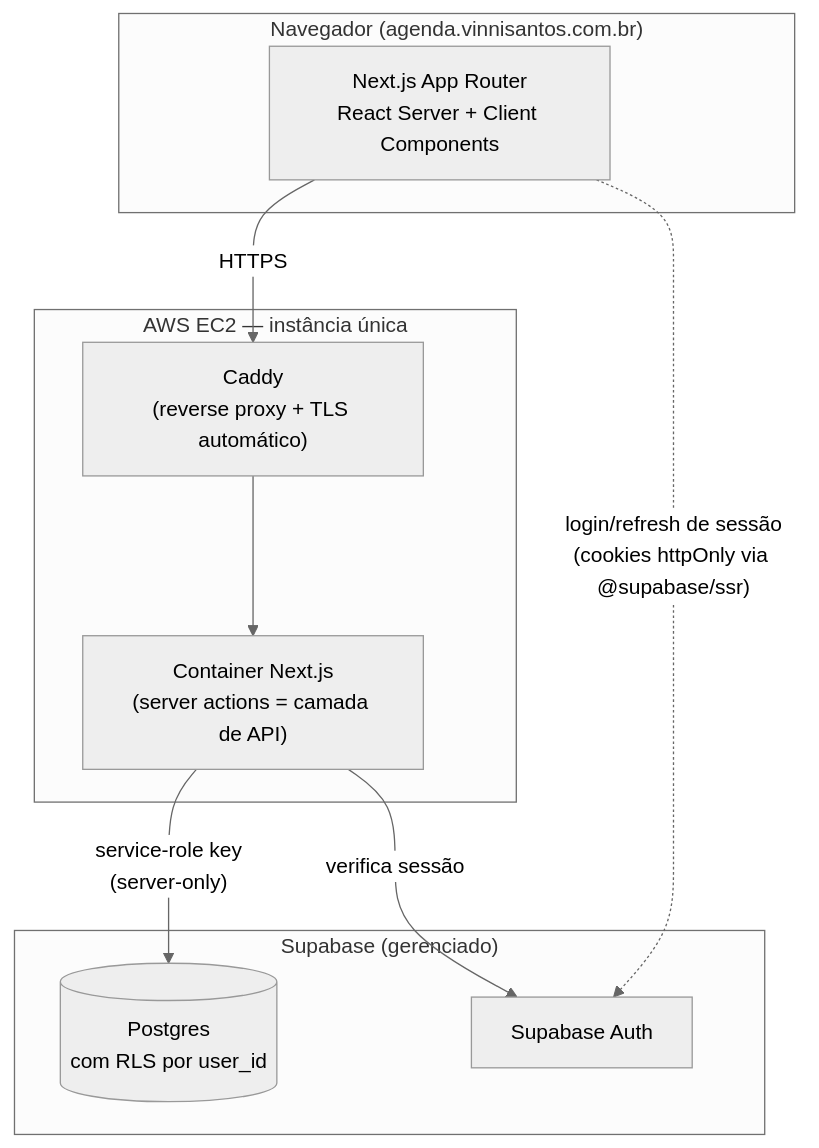
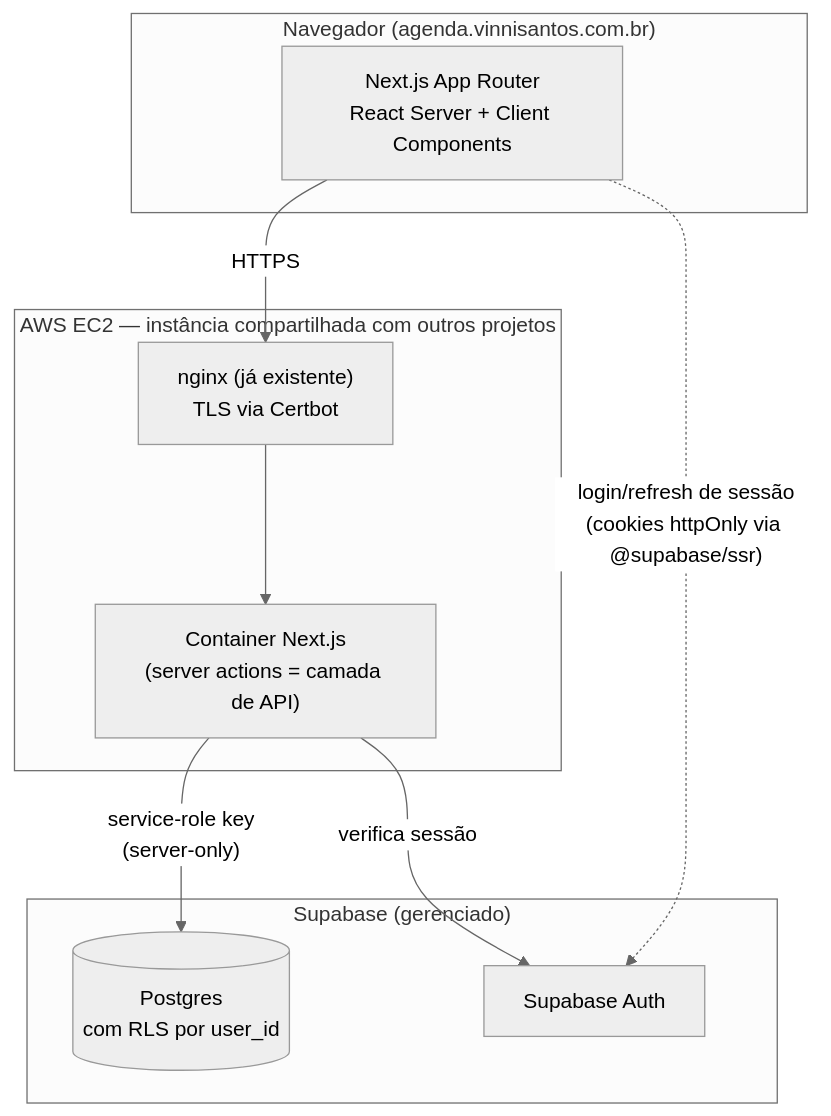
The first of 2 diagrams in docs/02-arquitetura.md (vinnisntos/app-vinnicius), drawn with Mermaid (neutral theme) before and after one commit. The commit also changed other lines of this file and 8 other files, not shown here.

````diff
--- a/docs/02-arquitetura.md
+++ b/docs/02-arquitetura.md
@@ -24,21 +24,21 @@
 ```mermaid
 flowchart TB
     subgraph Client["Navegador (agenda.vinnisantos.com.br)"]
         UI["Next.js App Router\nReact Server + Client Components"]
     end
 
-    subgraph EC2["AWS EC2 — instância única"]
-        Caddy["Caddy\n(reverse proxy + TLS automático)"]
+    subgraph EC2["AWS EC2 — instância compartilhada com outros projetos"]
+        Nginx["nginx (já existente)\nTLS via Certbot"]
         App["Container Next.js\n(server actions = camada de API)"]
     end
 
     subgraph Supabase["Supabase (gerenciado)"]
         Auth["Supabase Auth"]
         DB[("Postgres\ncom RLS por user_id")]
     end
 
-    UI -->|HTTPS| Caddy --> App
+    UI -->|HTTPS| Nginx --> App
     App -->|"service-role key\n(server-only)"| DB
     App -->|"verifica sessão"| Auth
     UI -.->|"login/refresh de sessão\n(cookies httpOnly via @supabase/ssr)"| Auth
 ```
````
